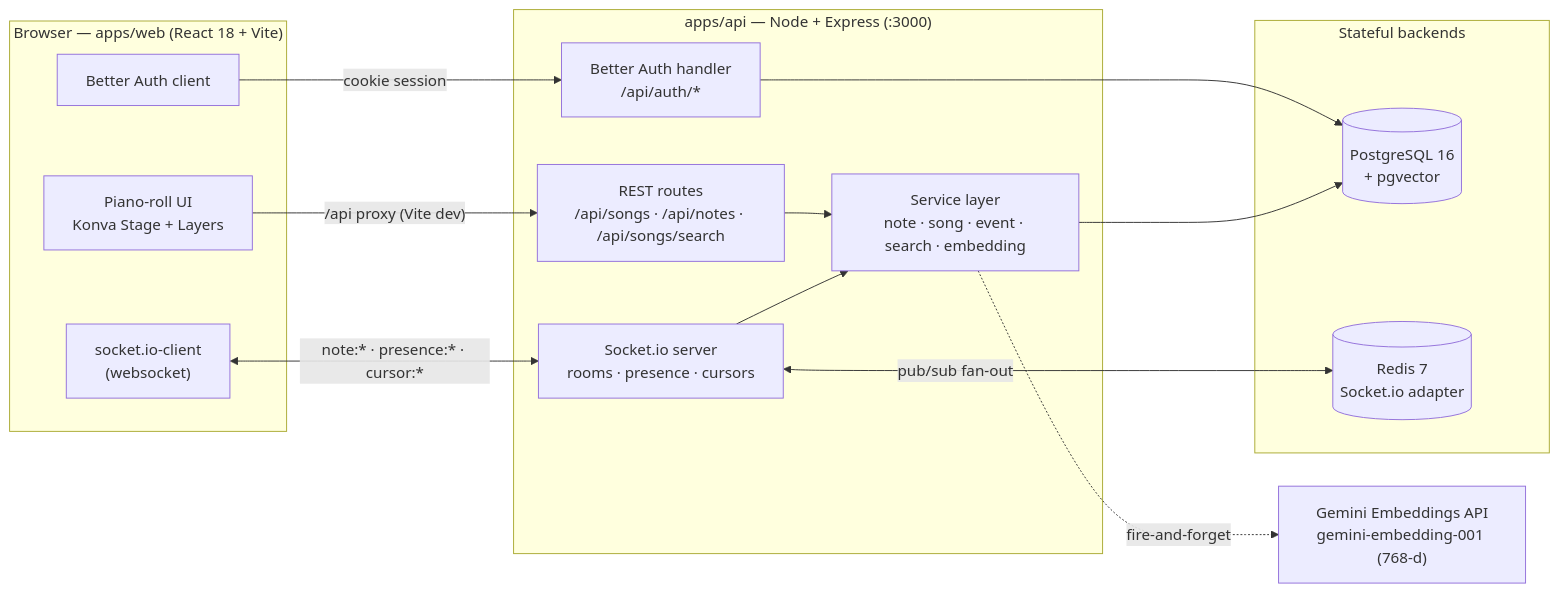
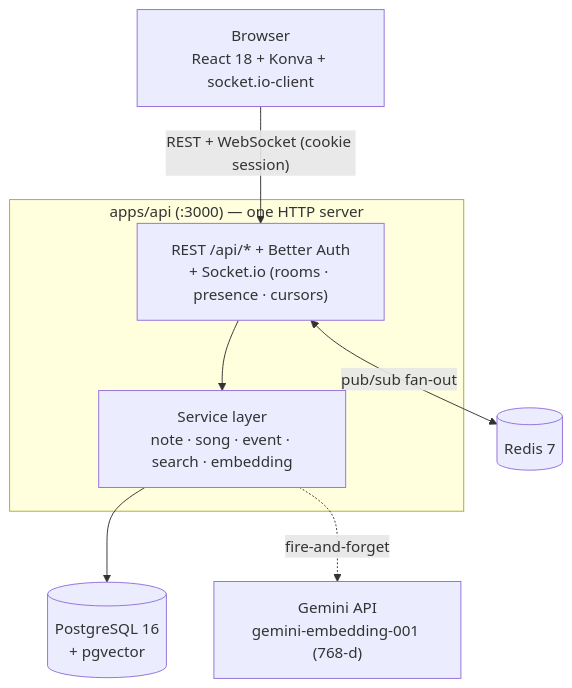
One commit to giangld04/midi-casestudy changed the first of 7 diagrams in docs/architecture.md. Above: the diagram before and after it, drawn with Mermaid. The commit also changed other lines of this file, not shown here.

First line of the commit message:
docs: clarify architecture diagrams

````diff
--- a/docs/architecture.md
+++ b/docs/architecture.md
@@ -9,31 +14,13 @@
 ```mermaid
-flowchart LR
-  subgraph Browser["Browser — apps/web (React 18 + Vite)"]
-    UI["Piano-roll UI<br/>Konva Stage + Layers"]
-    SC["socket.io-client<br/>(websocket)"]
-    AC["Better Auth client"]
-  end
-
-  subgraph Server["apps/api — Node + Express (:3000)"]
-    REST["REST routes<br/>/api/songs · /api/notes · /api/songs/search"]
-    BA["Better Auth handler<br/>/api/auth/*"]
-    IO["Socket.io server<br/>rooms · presence · cursors"]
+flowchart TB
+  U["Browser<br/>React 18 + Konva + socket.io-client"]
+  subgraph API["apps/api (:3000) — one HTTP server"]
+    T["REST /api/* + Better Auth<br/>+ Socket.io (rooms · presence · cursors)"]
     SVC["Service layer<br/>note · song · event · search · embedding"]
   end
-
-  subgraph Data["Stateful backends"]
-    PG[("PostgreSQL 16<br/>+ pgvector")]
-    RD[("Redis 7<br/>Socket.io adapter")]
-  end
-  GEM["Gemini Embeddings API<br/>gemini-embedding-001 (768-d)"]
-
-  UI -->|"/api proxy (Vite dev)"| REST
-  AC -->|cookie session| BA
-  SC <-->|"note:* · presence:* · cursor:*"| IO
-  REST --> SVC
-  IO --> SVC
-  BA --> PG
-  SVC --> PG
-  SVC -.fire-and-forget.-> GEM
-  IO <-->|pub/sub fan-out| RD
+  U -->|"REST + WebSocket (cookie session)"| T
+  T --> SVC
+  SVC --> PG[("PostgreSQL 16<br/>+ pgvector")]
+  T <-->|"pub/sub fan-out"| RD[("Redis 7")]
+  SVC -. "fire-and-forget" .-> GEM["Gemini API<br/>gemini-embedding-001 (768-d)"]
 ```
````
